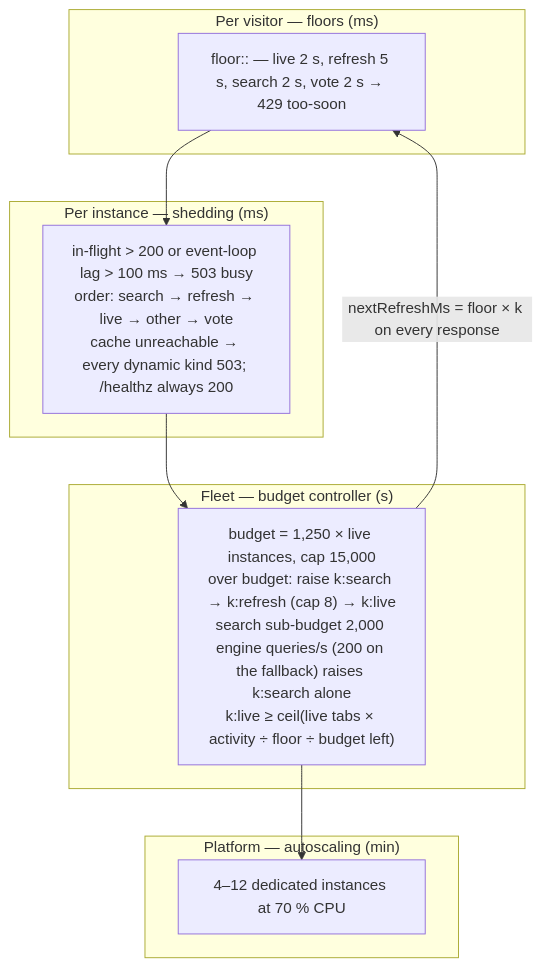
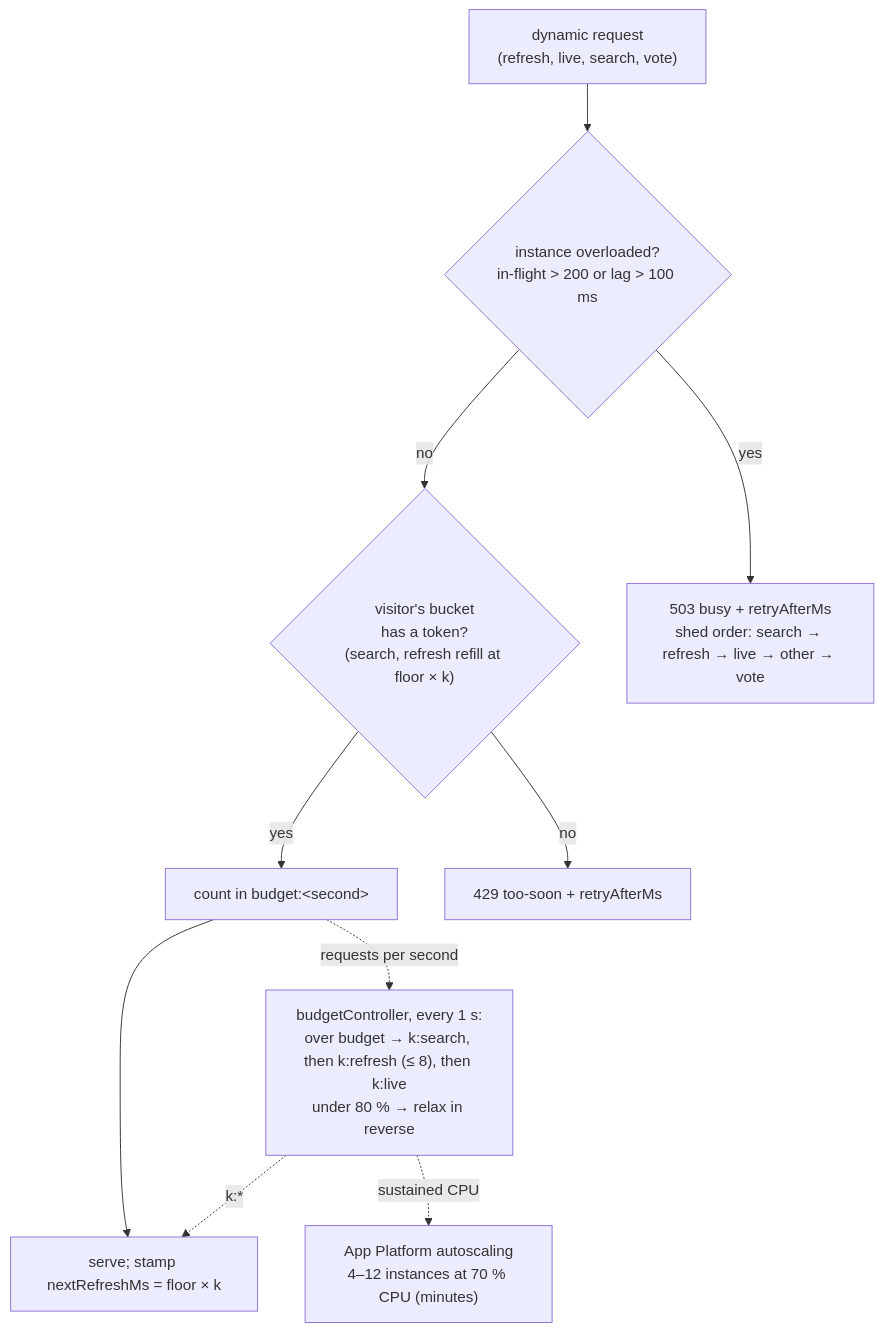
The seventh of 16 diagrams in ARCHITECTURE.md (roadraceresults/crowdpoll), drawn with Mermaid before and after one commit. The commit also changed other lines of this file and 80 other files, not shown here.

````diff
--- a/ARCHITECTURE.md
+++ b/ARCHITECTURE.md
@@ -259,17 +331,21 @@
 ```mermaid
 flowchart TB
-  subgraph perVisitor["Per visitor — floors (ms)"]
-    F["floor:<kind>:<session|ip> — live 2 s, refresh 5 s, search 2 s, vote 2 s → 429 too-soon"]
-  end
-  subgraph perInstance["Per instance — shedding (ms)"]
-    S["in-flight > 200 or event-loop lag > 100 ms → 503 busy<br/>order: search → refresh → live → other → vote<br/>cache unreachable → every dynamic kind 503; /healthz always 200"]
-  end
-  subgraph fleet["Fleet — budget controller (s)"]
-    Ctl["budget = 1,250 × live instances, cap 15,000<br/>over budget: raise k:search → k:refresh (cap 8) → k:live<br/>search sub-budget 2,000 engine queries/s (200 on the fallback) raises k:search alone<br/>k:live ≥ ceil(live tabs × activity ÷ floor ÷ budget left)"]
-  end
-  subgraph platform["Platform — autoscaling (min)"]
-    A["4–12 dedicated instances at 70 % CPU"]
-  end
-  F --> S --> Ctl --> A
-  Ctl -- "nextRefreshMs = floor × k on every response" --> F
+  Req["dynamic request<br/>(refresh, live, search, vote)"]
+  Shed{"instance overloaded?<br/>in-flight > 200 or lag > 100 ms"}
+  Floor{"visitor's bucket<br/>has a token?<br/>(search, refresh refill at floor × k)"}
+  Count["count in budget:&lt;second&gt;"]
+  Serve["serve; stamp nextRefreshMs = floor × k"]
+  R503["503 busy + retryAfterMs<br/>shed order: search → refresh → live → other → vote"]
+  R429["429 too-soon + retryAfterMs"]
+  Ctl["budgetController, every 1 s:<br/>over budget → k:search, then k:refresh (≤ 8), then k:live<br/>under 80 % → relax in reverse"]
+  Auto["App Platform autoscaling<br/>4–12 instances at 70 % CPU (minutes)"]
+
+  Req --> Shed
+  Shed -- yes --> R503
+  Shed -- no --> Floor
+  Floor -- no --> R429
+  Floor -- yes --> Count --> Serve
+  Count -. "requests per second" .-> Ctl
+  Ctl -. "k:*" .-> Serve
+  Ctl -. "sustained CPU" .-> Auto
 ```
````
